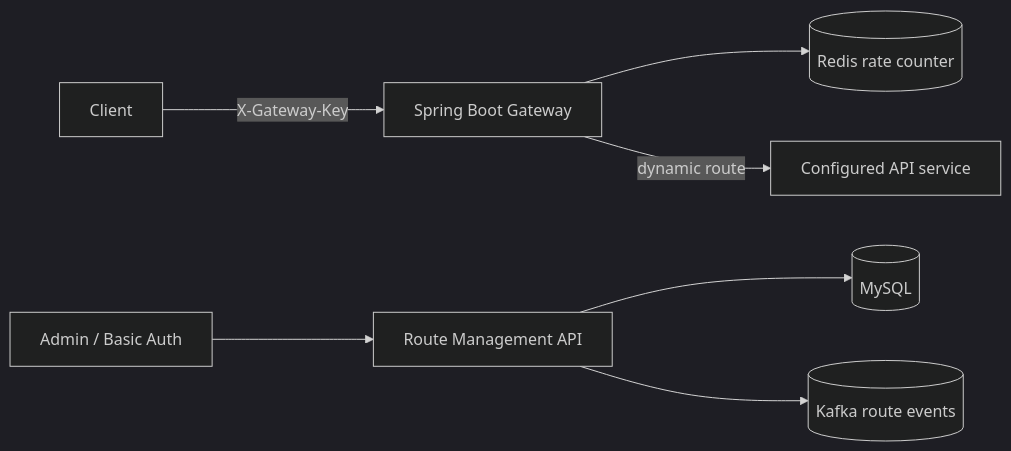
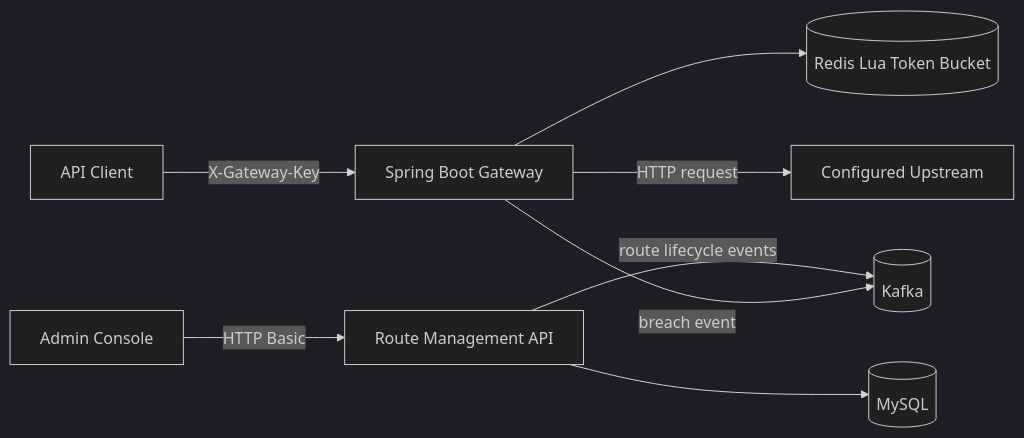
Before and after one commit to Singhshubhamiii/gatekeeper-microservices: the diagram in README.md, drawn with Mermaid (dark theme). The commit also changed other lines of this file, not shown here.

Commit message:
docs: document Docker runtime, token bucket and integration tests

````diff
--- a/README.md
+++ b/README.md
@@ -9,9 +9,10 @@
 ```mermaid
 flowchart LR
-  Client -->|X-Gateway-Key| Gateway[Spring Boot Gateway]
-  Admin[Admin / Basic Auth] --> Control[Route Management API]
-  Control --> MySQL[(MySQL)]
-  Control --> Kafka[(Kafka route events)]
-  Gateway --> Redis[(Redis rate counter)]
-  Gateway -->|dynamic route| Upstream[Configured API service]
+  Client[API Client] -->|X-Gateway-Key| Gateway[Spring Boot Gateway]
+  Admin[Admin Console] -->|HTTP Basic| AdminAPI[Route Management API]
+  AdminAPI --> MySQL[(MySQL)]
+  AdminAPI -->|route lifecycle events| Kafka[(Kafka)]
+  Gateway --> Redis[(Redis Lua Token Bucket)]
+  Gateway -->|HTTP request| Upstream[Configured Upstream]
+  Gateway -->|breach event| Kafka
 ```
````
